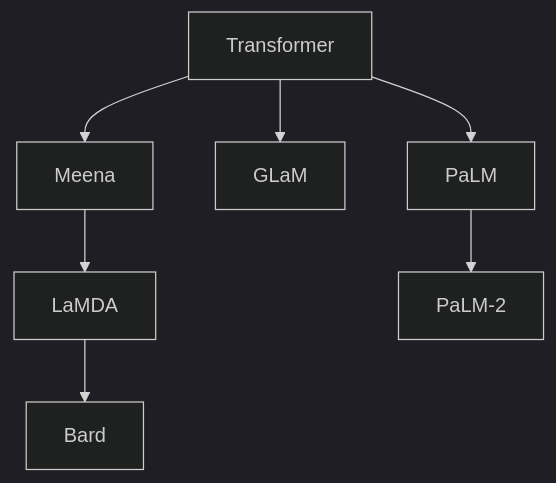
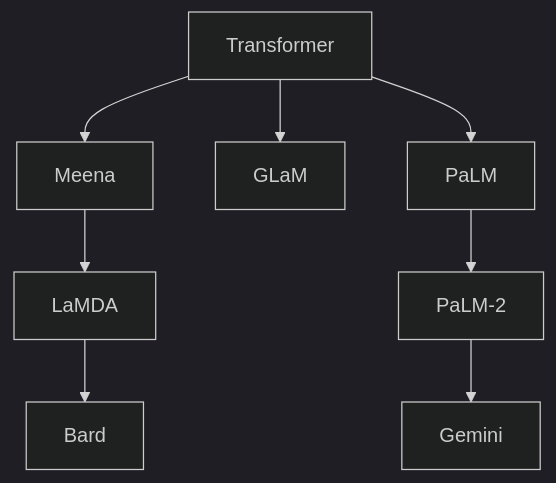
One commit to ted-sharp/chatvox changed diagram 12 of 25 in doc/llm.md. Above: the diagram before and after it, drawn with Mermaid (dark theme). The commit also changed other lines of this file, not shown here.

````diff
--- a/doc/llm.md
+++ b/doc/llm.md
@@ -519,7 +530,7 @@
 ```mermaid
 flowchart
 
 Transformer --> Meena --> LaMDA --> Bard
 Transformer --> GLaM
-Transformer --> PaLM --> PaLM-2
+Transformer --> PaLM --> PaLM-2 --> Gemini
 ```
````
